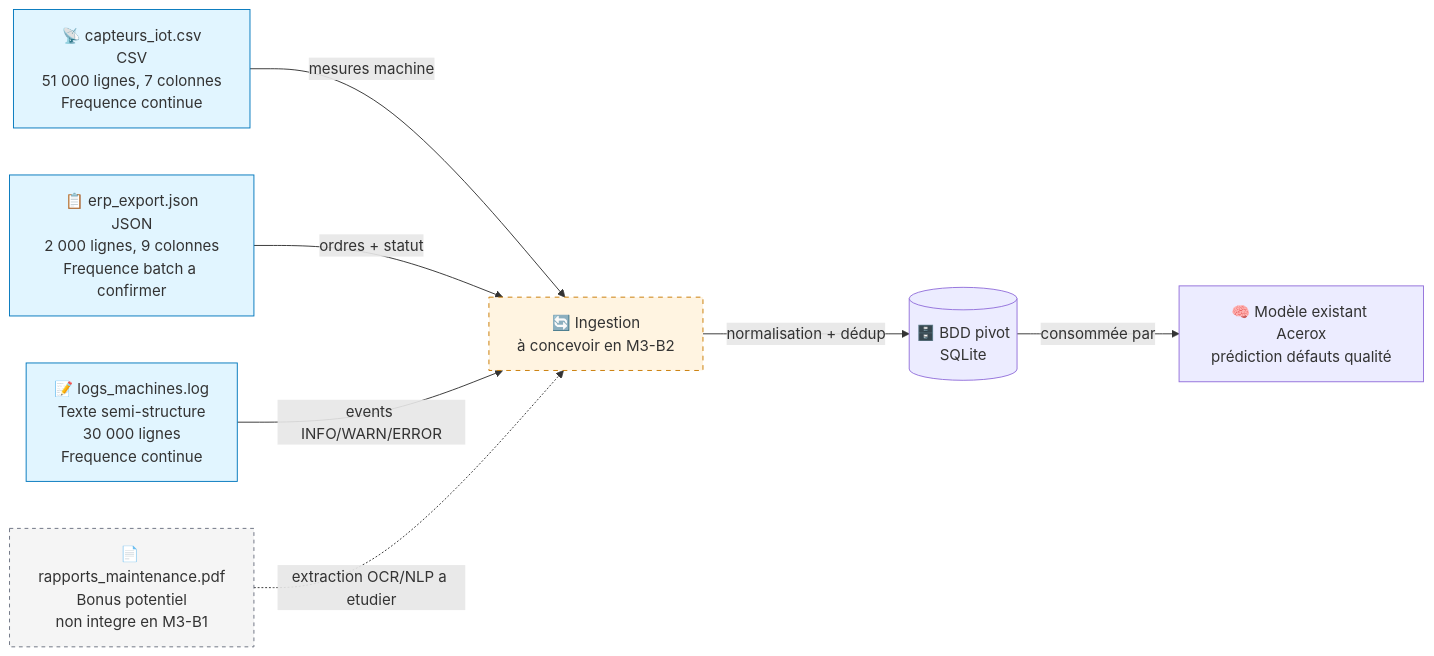
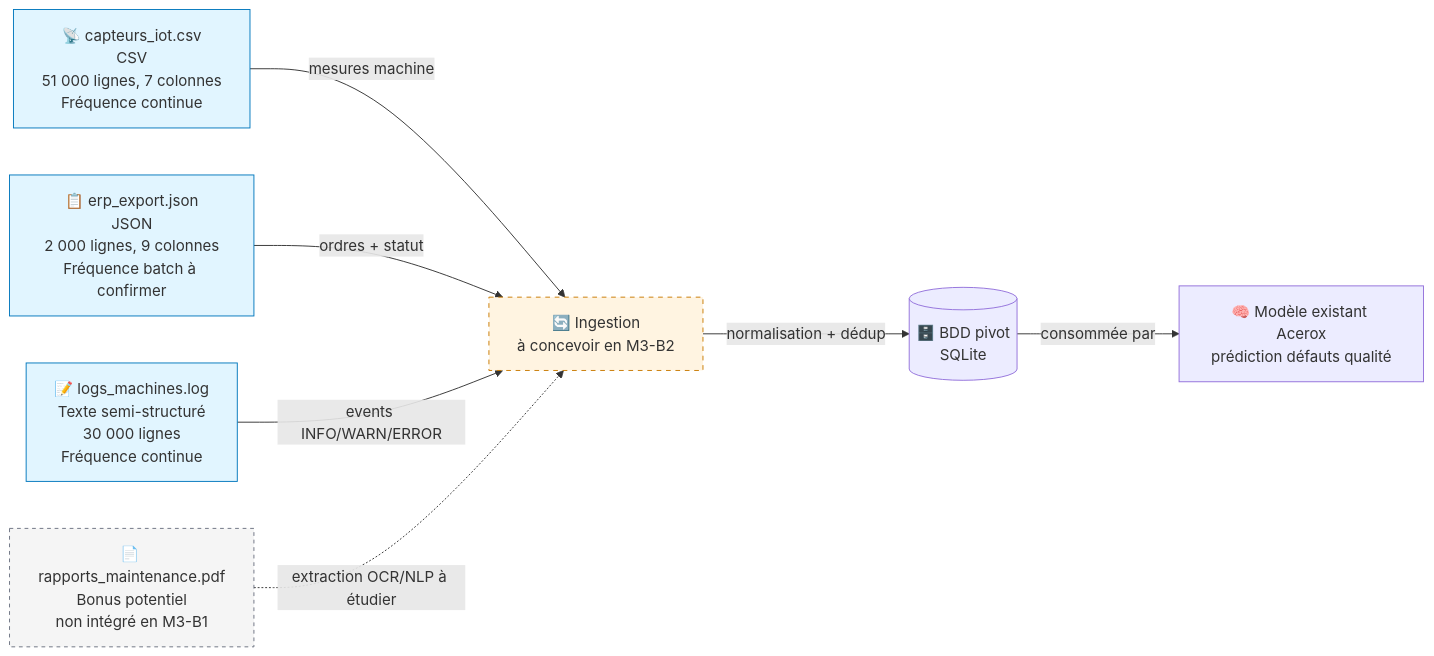
Before and after one commit to userZku/ia-atos-parcours-m3-b1: the diagram in flux_donnees.md, drawn with Mermaid. The commit also changed other lines of this file and 1 other file, not shown here.

Commit message:
fix: syntax to flow and source notes

````diff
--- a/flux_donnees.md
+++ b/flux_donnees.md
@@ -13,26 +13,26 @@
 ```mermaid
 flowchart LR
-    %% Sources identifiees en M3-B1
-    SRC_IOT[📡 capteurs_iot.csv<br/>CSV<br/>51 000 lignes, 7 colonnes<br/>Frequence continue]
-    SRC_ERP[📋 erp_export.json<br/>JSON<br/>2 000 lignes, 9 colonnes<br/>Frequence batch a confirmer]
-    SRC_LOG[📝 logs_machines.log<br/>Texte semi-structure<br/>30 000 lignes<br/>Frequence continue]
-    SRC_PDF[📄 rapports_maintenance.pdf<br/>Bonus potentiel<br/>non integre en M3-B1]
+    %% Sources identifiées en M3-B1
+    SRC_IOT[📡 capteurs_iot.csv<br/>CSV<br/>51 000 lignes, 7 colonnes<br/>Fréquence continue]
+    SRC_ERP[📋 erp_export.json<br/>JSON<br/>2 000 lignes, 9 colonnes<br/>Fréquence batch à confirmer]
+    SRC_LOG[📝 logs_machines.log<br/>Texte semi-structuré<br/>30 000 lignes<br/>Fréquence continue]
+    SRC_PDF[📄 rapports_maintenance.pdf<br/>Bonus potentiel<br/>non intégré en M3-B1]
 
     INGEST[🔄 Ingestion<br/>à concevoir en M3-B2]
     BDD[(🗄️ BDD pivot<br/>SQLite)]
     MODEL[🧠 Modèle existant Acerox<br/>prédiction défauts qualité]
 
     SRC_IOT -->|mesures machine| INGEST
     SRC_ERP -->|ordres + statut| INGEST
     SRC_LOG -->|events INFO/WARN/ERROR| INGEST
-    SRC_PDF -.->|extraction OCR/NLP a etudier| INGEST
+    SRC_PDF -.->|extraction OCR/NLP à étudier| INGEST
     INGEST -->|normalisation + dédup| BDD
     BDD -->|consommée par| MODEL
 
     classDef source fill:#e1f5ff,stroke:#0277bd
     classDef bonus fill:#f5f5f5,stroke:#6b7280,stroke-dasharray: 4 4
     classDef tofix fill:#fff4e1,stroke:#c97a00,stroke-dasharray: 5 5
     class SRC_IOT,SRC_ERP,SRC_LOG source
     class SRC_PDF bonus
     class INGEST tofix
 ```
````
